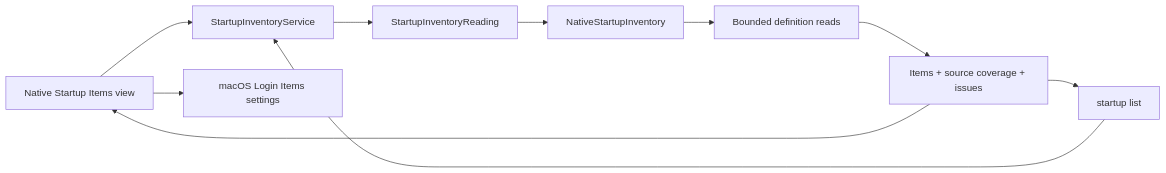
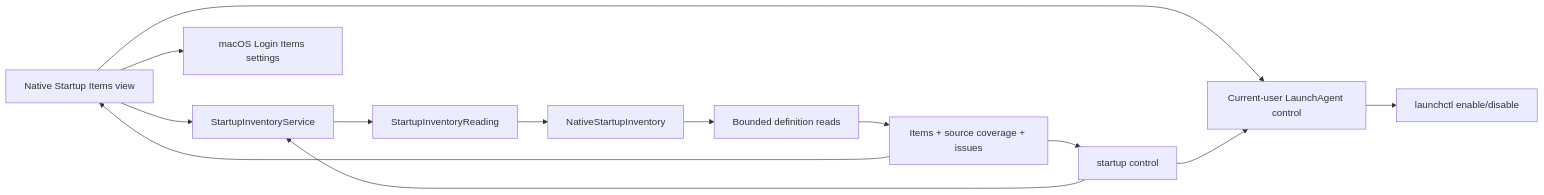
One commit to limecloud/shou changed the diagram in docs/product/startup-items.md. Above: the diagram before and after it, drawn with Mermaid. The commit also changed other lines of this file and 59 other files, not shown here.

````diff
--- a/docs/product/startup-items.md
+++ b/docs/product/startup-items.md
@@ -29,12 +29,15 @@
 ```mermaid
 flowchart LR
     UI[Native Startup Items view] --> Service[StartupInventoryService]
     CLI[startup list] --> Service
     Service --> Port[StartupInventoryReading]
     Port --> Mac[NativeStartupInventory]
     Mac --> Files[Bounded definition reads]
     Files --> Report[Items + source coverage + issues]
     Report --> UI
     Report --> CLI
     UI --> Settings[macOS Login Items settings]
+    UI --> Control[Current-user LaunchAgent control]
+    CLI[startup control] --> Control
+    Control --> Launchctl[launchctl enable/disable]
 ```
````
